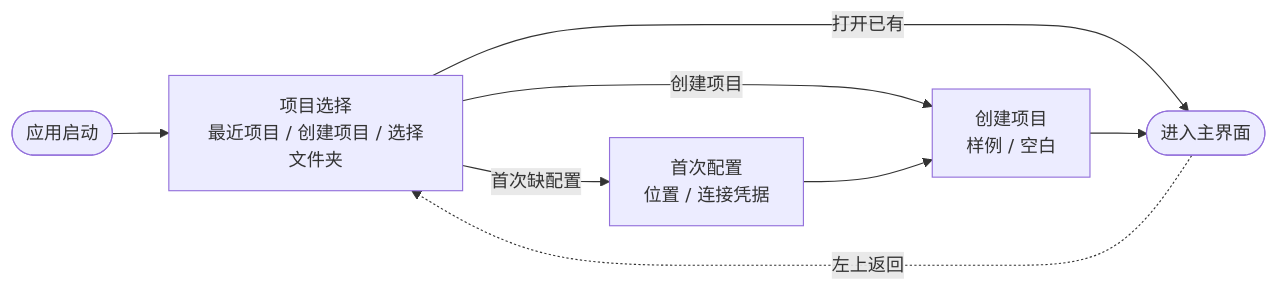
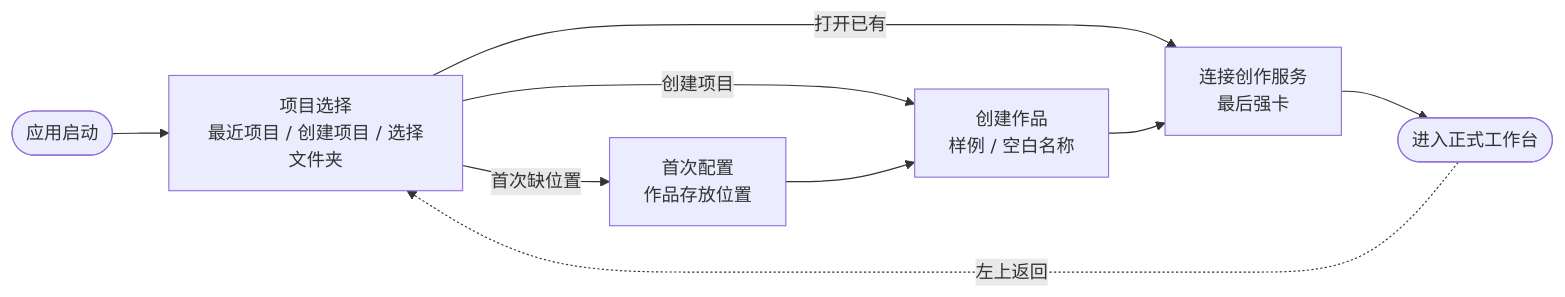
The diagram in design/05-onboarding.md (jinhuang712/open-novel), drawn with Mermaid before and after one commit. The commit also changed other lines of this file and 4 other files, not shown here.

````diff
--- a/design/05-onboarding.md
+++ b/design/05-onboarding.md
@@ -11,9 +11,9 @@
 ```mermaid
 flowchart LR
   BOOT([应用启动]) --> PICK["项目选择<br/>最近项目 / 创建项目 / 选择文件夹"]
-  PICK -->|打开已有| MAIN([进入主界面])
-  PICK -->|创建项目| CREATE["创建项目<br/>样例 / 空白"]
-  PICK -->|首次缺配置| SETUP["首次配置<br/>位置 / 连接凭据"]
-  SETUP --> CREATE --> MAIN
+  PICK -->|打开已有| GATE["连接创作服务<br/>最后强卡"]
+  PICK -->|创建项目| CREATE["创建作品<br/>样例 / 空白名称"]
+  PICK -->|首次缺位置| SETUP["首次配置<br/>作品存放位置"]
+  SETUP --> CREATE --> GATE --> MAIN([进入正式工作台])
   MAIN -. 左上返回 .-> PICK
 ```
````
